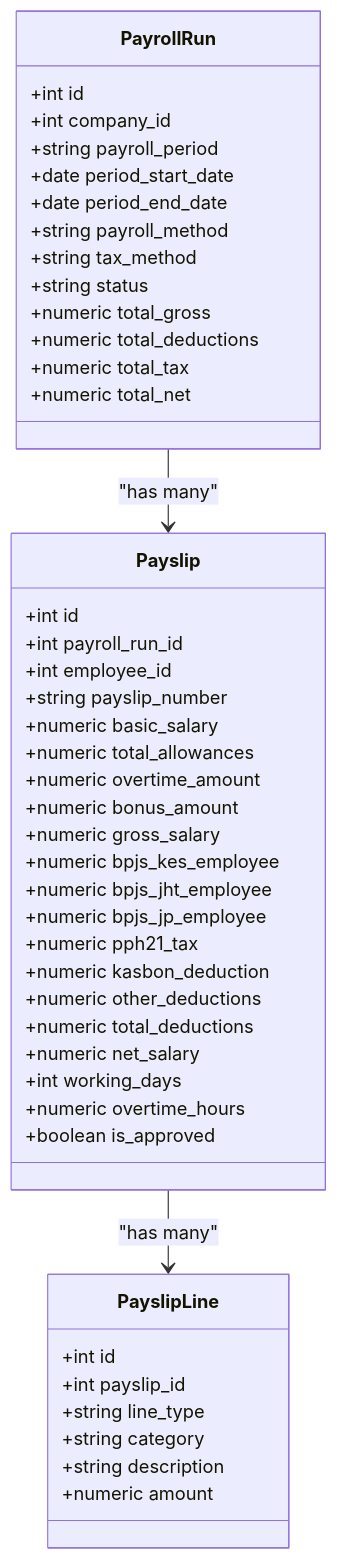
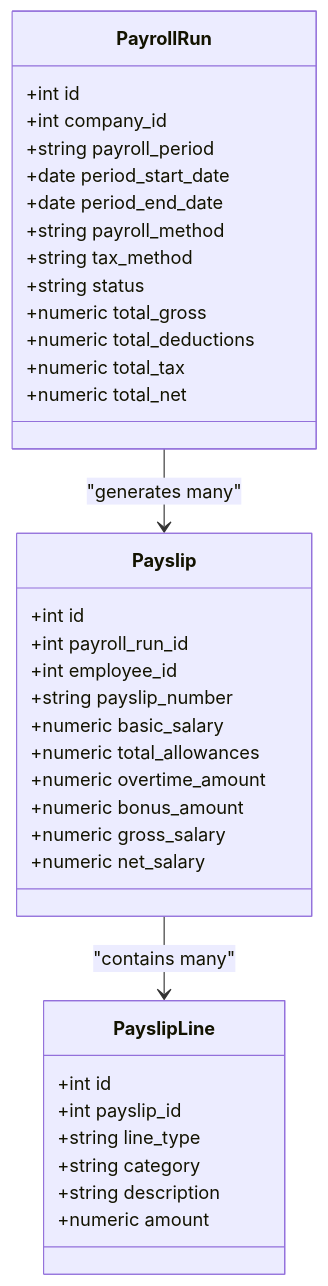
One commit to bikinaplikasipakeqoder-dot/payroll-hris changed the fifth of 8 diagrams in .qoder/repowiki/en/content/API Reference.md. Above: the diagram before and after it, drawn with Mermaid. The commit also changed other lines of this file and 22 other files, not shown here.

````diff
--- a/.qoder/repowiki/en/content/API Reference.md
+++ b/.qoder/repowiki/en/content/API Reference.md
@@ -265,49 +264,39 @@
 ```mermaid
 classDiagram
 class PayrollRun {
 +int id
 +int company_id
 +string payroll_period
 +date period_start_date
 +date period_end_date
 +string payroll_method
 +string tax_method
 +string status
 +numeric total_gross
 +numeric total_deductions
 +numeric total_tax
 +numeric total_net
 }
 class Payslip {
 +int id
 +int payroll_run_id
 +int employee_id
 +string payslip_number
 +numeric basic_salary
 +numeric total_allowances
 +numeric overtime_amount
 +numeric bonus_amount
 +numeric gross_salary
-+numeric bpjs_kes_employee
-+numeric bpjs_jht_employee
-+numeric bpjs_jp_employee
-+numeric pph21_tax
-+numeric kasbon_deduction
-+numeric other_deductions
-+numeric total_deductions
 +numeric net_salary
-+int working_days
-+numeric overtime_hours
-+boolean is_approved
 }
 class PayslipLine {
 +int id
 +int payslip_id
 +string line_type
 +string category
 +string description
 +numeric amount
 }
-PayrollRun --> Payslip : "has many"
-Payslip --> PayslipLine : "has many"
+PayrollRun --> Payslip : "generates many"
+Payslip --> PayslipLine : "contains many"
 ```
````
